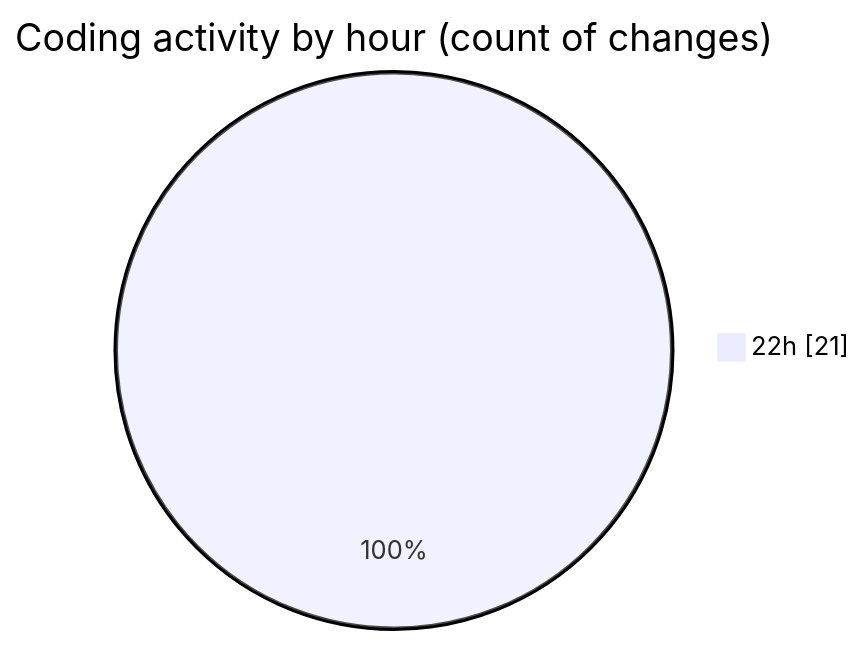
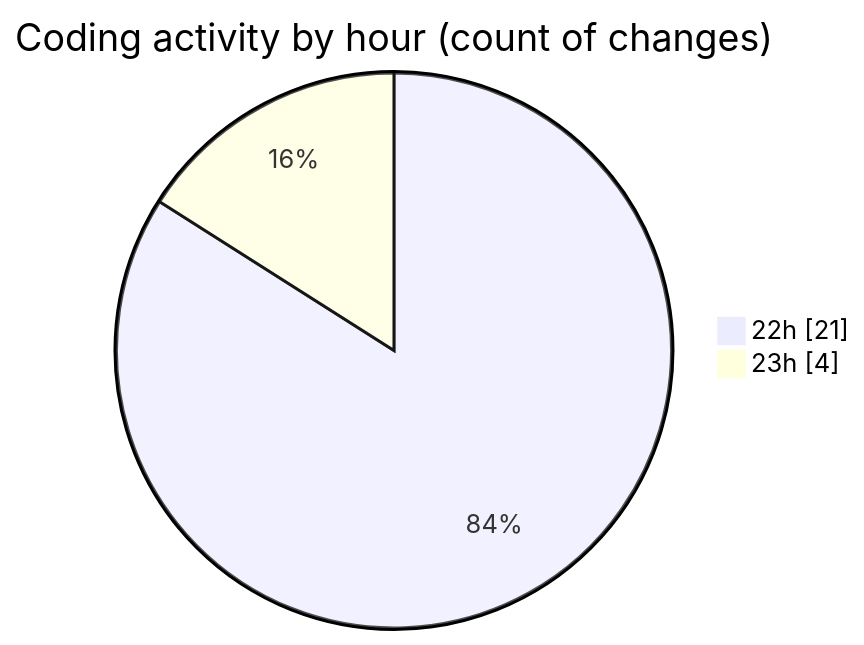
The second of 2 diagrams in 2025-07-22/javascript/README.md (Ritupan-Deka/code-tracking), drawn with Mermaid before and after one commit. The commit also changed other lines of this file and 1 other file, not shown here.

````diff
--- a/2025-07-22/javascript/README.md
+++ b/2025-07-22/javascript/README.md
@@ -28,5 +29,6 @@
 ```mermaid
 pie showData
 title Coding activity by hour (count of changes)
 "22h" : 21
+"23h" : 4
 ```
````
